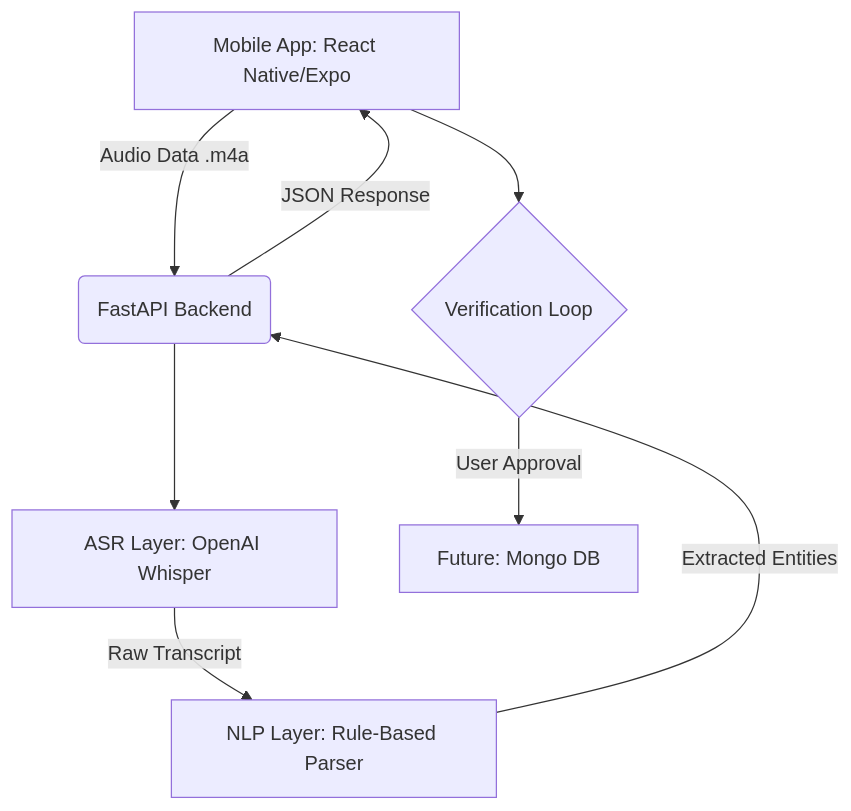
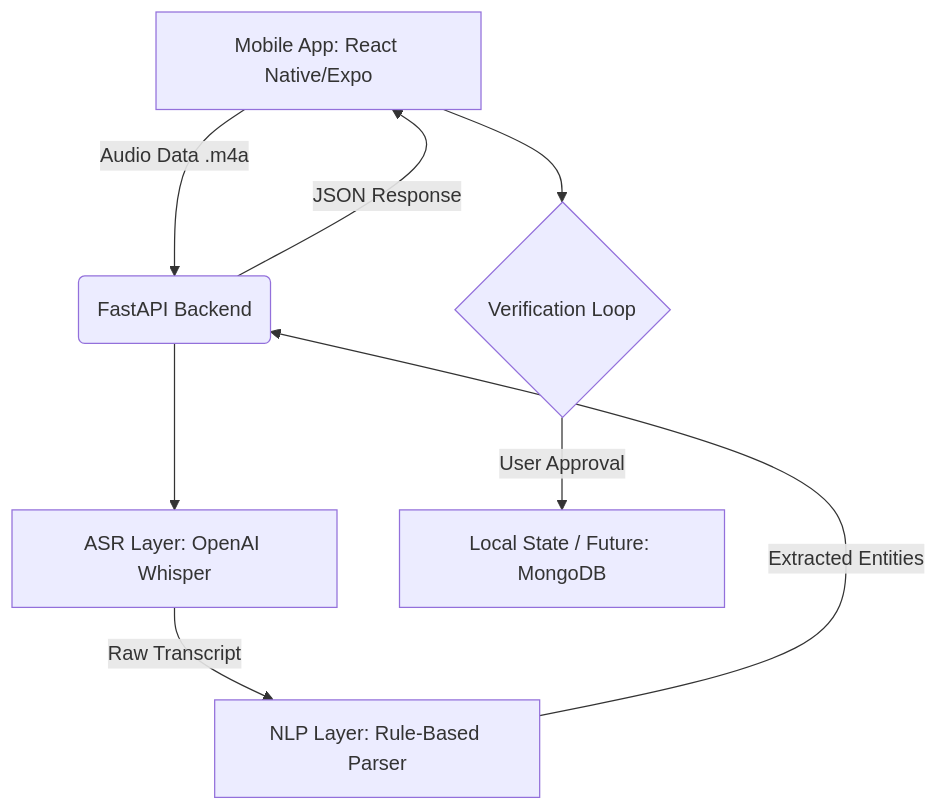
One commit to afianas/Invora_Voice_Commerce changed the diagram in README.md. Above: the diagram before and after it, drawn with Mermaid. The commit also changed other lines of this file, not shown here.

````diff
--- a/README.md
+++ b/README.md
@@ -24,10 +76,10 @@
 ```mermaid
 graph TD
     A[Mobile App: React Native/Expo] -->|Audio Data .m4a| B(FastAPI Backend)
     B --> C[ASR Layer: OpenAI Whisper]
     C -->|Raw Transcript| D[NLP Layer: Rule-Based Parser]
     D -->|Extracted Entities| B
     B -->|JSON Response| A
     A --> E{Verification Loop}
-    E -->|User Approval| F[Future: Mongo DB]
+    E -->|User Approval| F[Local State / Future: MongoDB]
 ```
````
